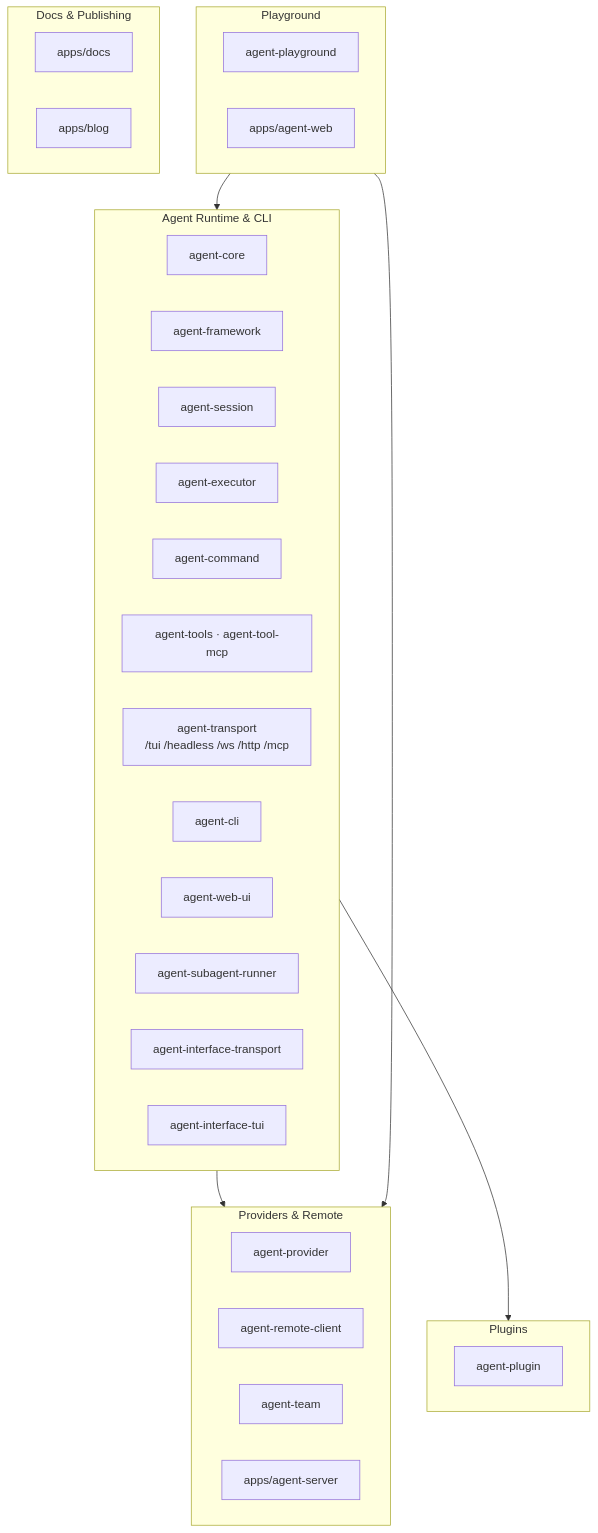
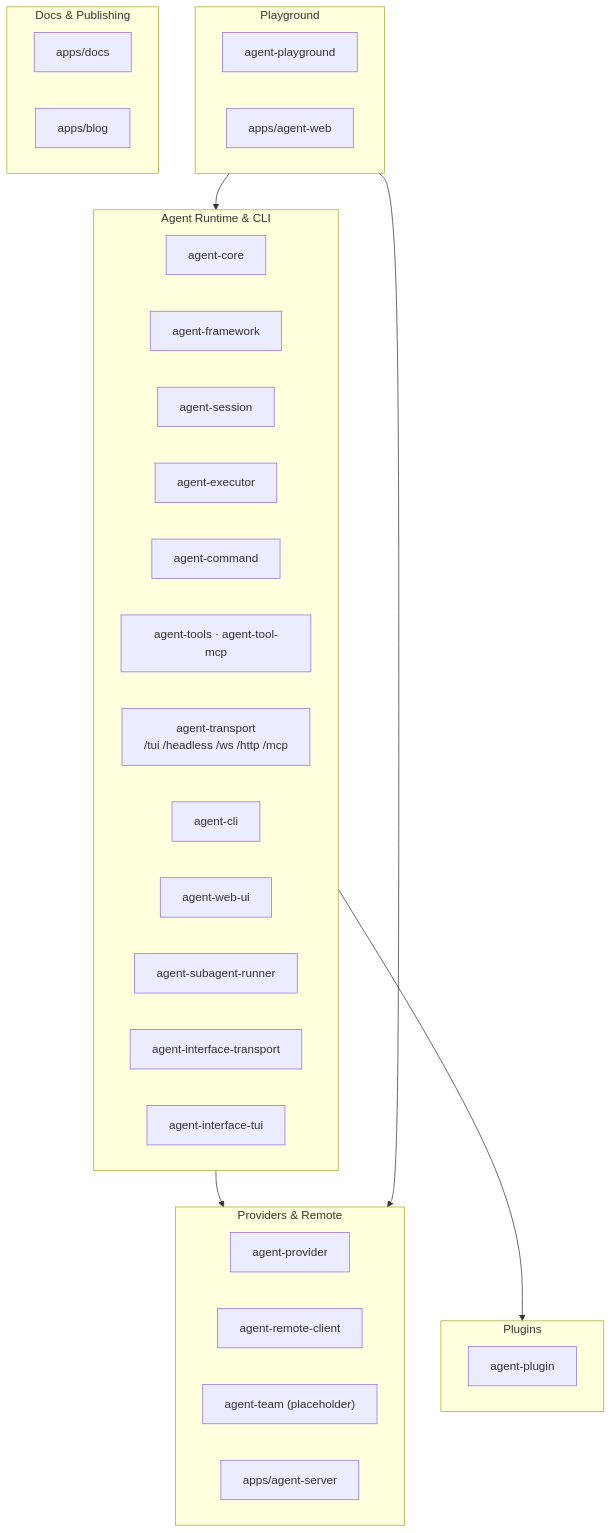
The diagram in .agents/specs/architecture-map/repository-overview.md (woojubb/robota), drawn with Mermaid before and after one commit. The commit also changed other lines of this file and 2 other files, not shown here.

Commit message:
chore(arch): mark agent-team as placeholder in arch map diagrams (#532)
Update capability-placement.md, dependency-direction.md, and
repository-overview.md to reflect that agent-team has no exports
and is reserved for future multi-agent coordination. Reference
agent-command (robota_command_agent) as the current delegation pattern.

````diff
--- a/.agents/specs/architecture-map/repository-overview.md
+++ b/.agents/specs/architecture-map/repository-overview.md
@@ -13,38 +13,38 @@
 ```mermaid
 graph TD
   subgraph Runtime["Agent Runtime & CLI"]
     core["agent-core"]
     framework["agent-framework"]
     session["agent-session"]
     executor["agent-executor"]
     command["agent-command"]
     tools["agent-tools · agent-tool-mcp"]
     transport["agent-transport\n/tui /headless /ws /http /mcp"]
     cli["agent-cli"]
     webui["agent-web-ui"]
     subrunner["agent-subagent-runner"]
     ifaceTransport["agent-interface-transport"]
     ifaceTui["agent-interface-tui"]
   end
   subgraph Providers["Providers & Remote"]
     provider["agent-provider"]
     remote["agent-remote-client"]
-    team["agent-team"]
+    team["agent-team (placeholder)"]
     server["apps/agent-server"]
   end
   subgraph Plugins["Plugins"]
     plugin["agent-plugin"]
   end
   subgraph Playground["Playground"]
     playground["agent-playground"]
     agentWeb["apps/agent-web"]
   end
   subgraph Docs["Docs & Publishing"]
     docs["apps/docs"]
     blog["apps/blog"]
   end
   Runtime --> Providers
   Runtime --> Plugins
   Playground --> Runtime
   Playground --> Providers
 ```
````
